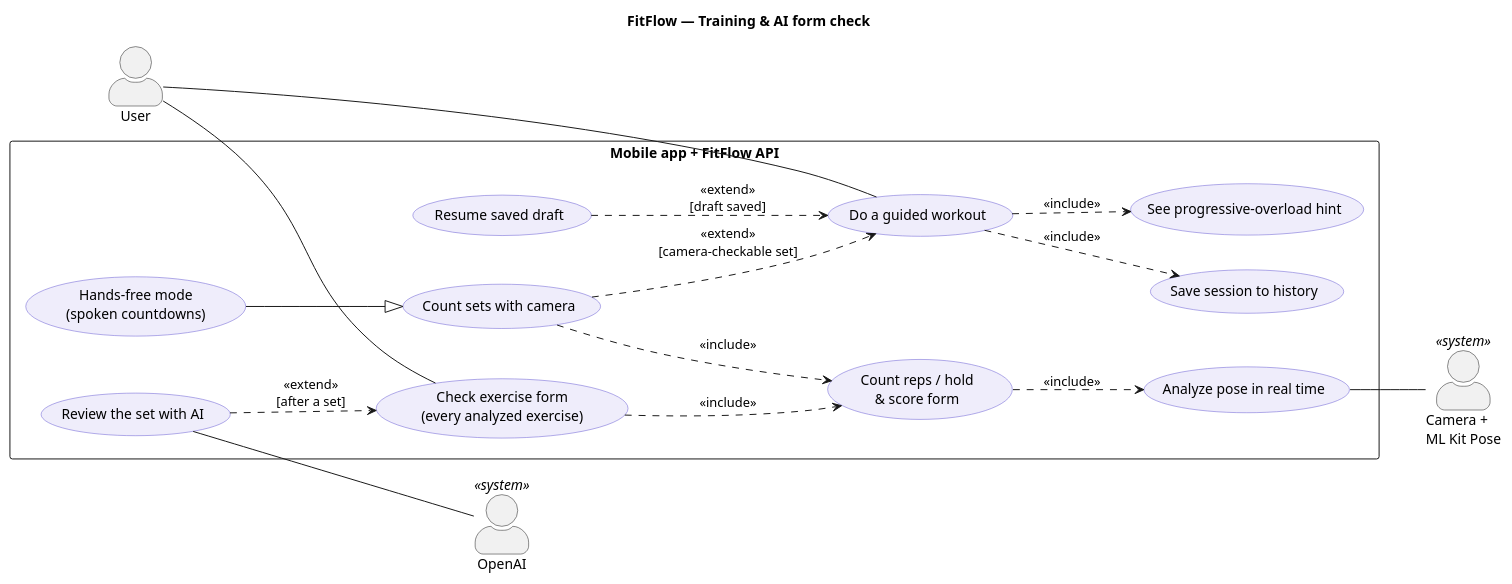
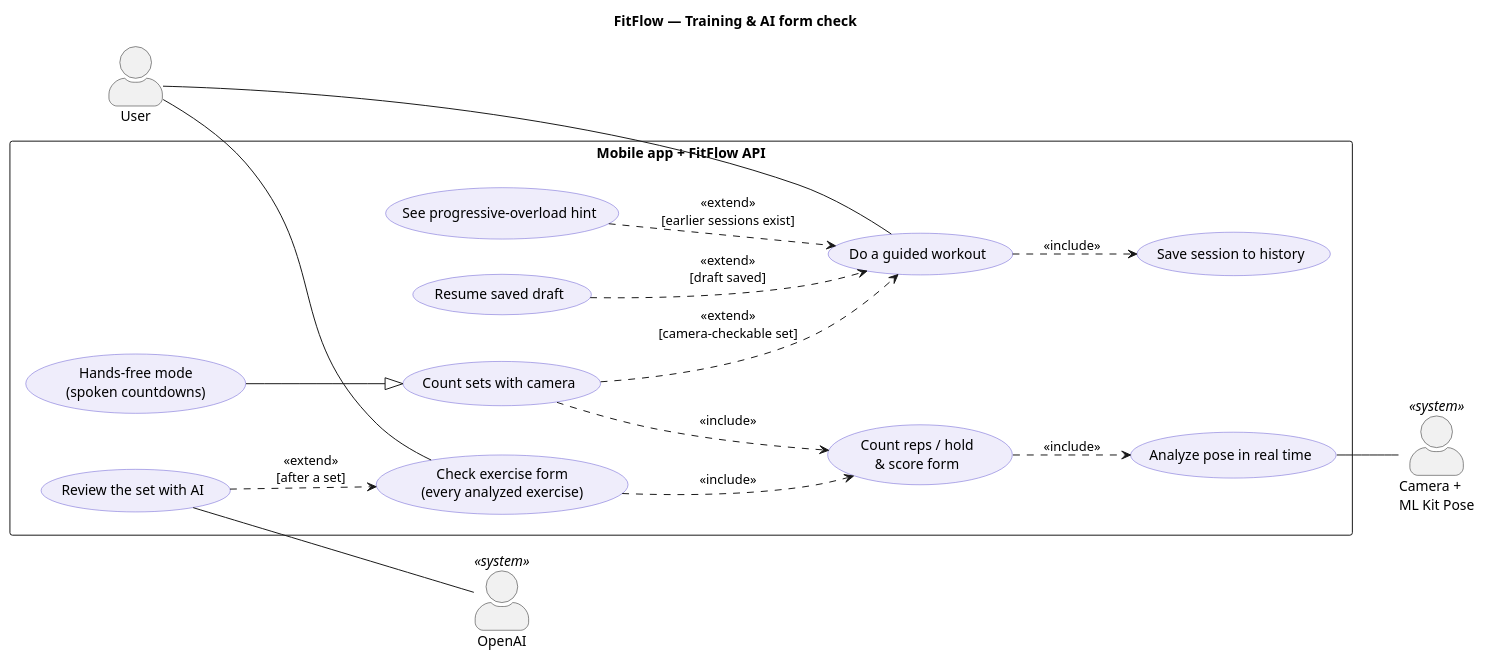
Before and after one commit to PRM-393-G5/fitflow: the fourth of 7 diagrams in docs/usecase.puml, drawn with PlantUML. The commit also changed other lines of this file and 6 other files, not shown here.

First line of the commit message:
Tighten the UML: optional steps extend, a discard path on sign-out

```diff
--- a/docs/usecase.puml
+++ b/docs/usecase.puml
@@ -130,38 +132,38 @@
 @startuml fitflow-usecase-training-form-check
 title FitFlow — Training & AI form check
 left to right direction
 skinparam packageStyle rectangle
 skinparam actorStyle awesome
 skinparam usecase {
   BackgroundColor #EFEDFB
   BorderColor #6558D3
 }
 actor "User" as user
 actor "Camera +\nML Kit Pose" as camera <<system>>
 actor "OpenAI" as openai <<system>>
 rectangle "Mobile app + FitFlow API" {
   usecase "Do a guided workout" as t1
   usecase "See progressive-overload hint" as t2
   usecase "Save session to history" as t3
   usecase "Resume saved draft" as t4
   usecase "Count sets with camera" as t5
   usecase "Hands-free mode\n(spoken countdowns)" as t6
   usecase "Check exercise form\n(every analyzed exercise)" as f1
   usecase "Count reps / hold\n& score form" as f3
   usecase "Analyze pose in real time" as f2
   usecase "Review the set with AI" as f4
 }
 user -- t1
 user -- f1
-t1 ..> t2 : <<include>>
+t2 ..> t1 : <<extend>>\n[earlier sessions exist]
 t1 ..> t3 : <<include>>
 t4 ..> t1 : <<extend>>\n[draft saved]
 t5 ..> t1 : <<extend>>\n[camera-checkable set]
 t6 --|> t5
 t5 ..> f3 : <<include>>
 f1 ..> f3 : <<include>>
 f3 ..> f2 : <<include>>
 f2 -- camera
 f4 ..> f1 : <<extend>>\n[after a set]
 f4 -- openai
 @enduml
```
